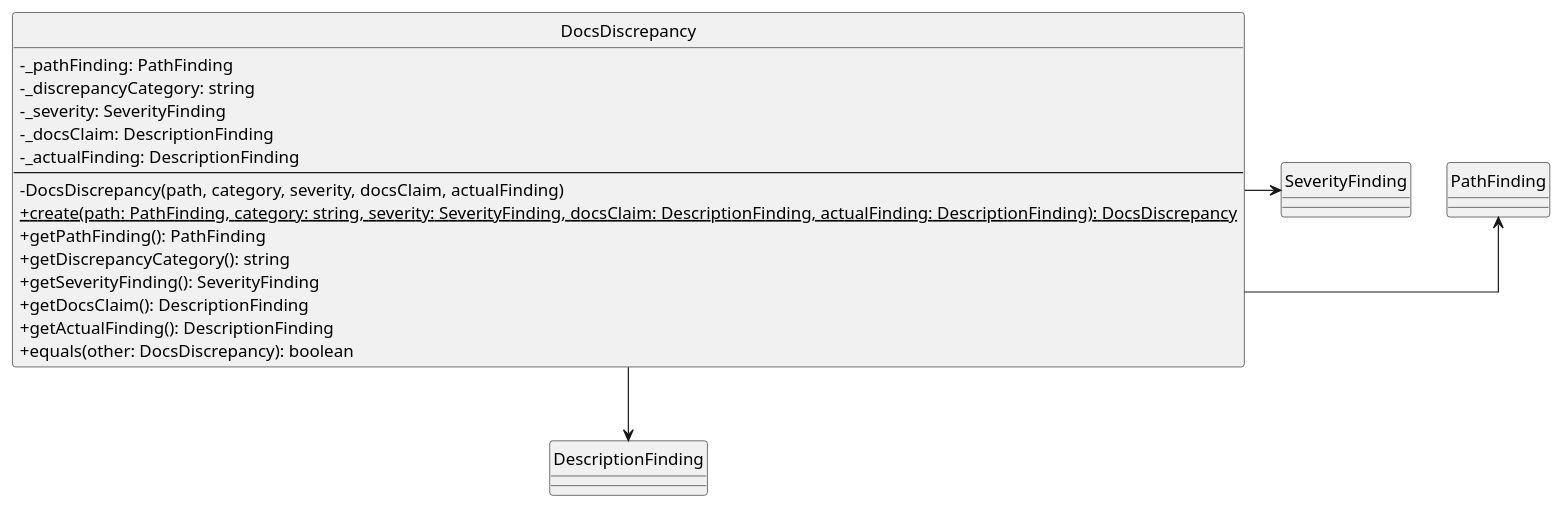
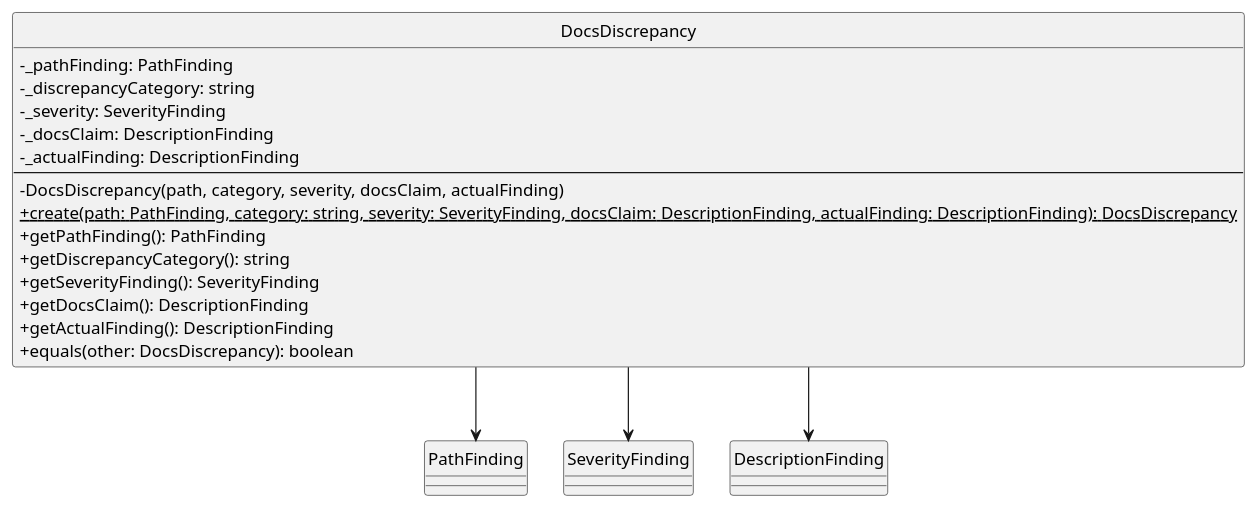
The diagram in assets/st_diagrams/code/plantuml/analysis/domain/valueObjects/docsDiscrepancy.vo.plantuml (SkarabGroup/DocumentazioneProgetto), drawn with PlantUML before and after one commit. The commit also changed 30 other files, not shown here.

```diff
--- a/assets/st_diagrams/code/plantuml/analysis/domain/valueObjects/docsDiscrepancy.vo.plantuml
+++ b/assets/st_diagrams/code/plantuml/analysis/domain/valueObjects/docsDiscrepancy.vo.plantuml
@@ -1,29 +1,29 @@
 @startuml DocsDiscrepancy
 skinparam componentStyle uml2.5
 skinparam linetype ortho
 skinparam nodesep 30
 skinparam ranksep 30
 skinparam ClassAttributeIconSize 0
 hide circles
 
 class DocsDiscrepancy {
     - _pathFinding: PathFinding
     - _discrepancyCategory: string
     - _severity: SeverityFinding
     - _docsClaim: DescriptionFinding
     - _actualFinding: DescriptionFinding
     ---
     - DocsDiscrepancy(path, category, severity, docsClaim, actualFinding)
     + {static} create(path: PathFinding, category: string, severity: SeverityFinding, docsClaim: DescriptionFinding, actualFinding: DescriptionFinding): DocsDiscrepancy
     + getPathFinding(): PathFinding
     + getDiscrepancyCategory(): string
     + getSeverityFinding(): SeverityFinding
     + getDocsClaim(): DescriptionFinding
     + getActualFinding(): DescriptionFinding
     + equals(other: DocsDiscrepancy): boolean
 }
 
-DocsDiscrepancy --right-> PathFinding
-DocsDiscrepancy --right-> SeverityFinding
+DocsDiscrepancy --down-> PathFinding
+DocsDiscrepancy --down-> SeverityFinding
 DocsDiscrepancy --down-> DescriptionFinding
 @enduml
```
